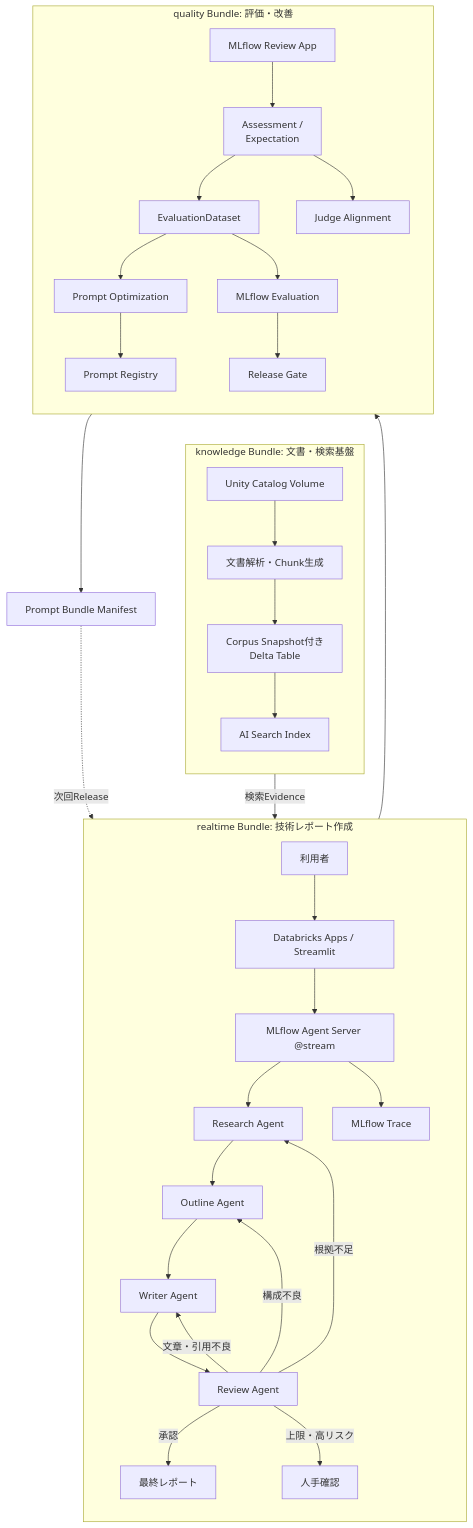
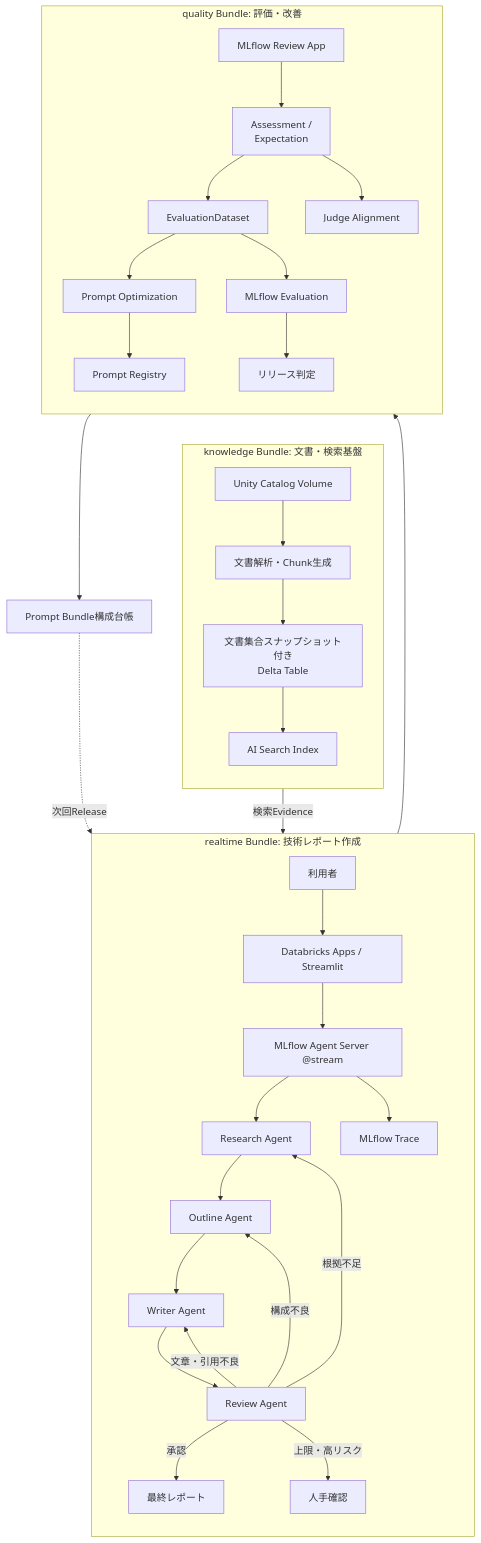
One commit to junTaniguchi/llm_ops changed the first of 17 diagrams in 技術レポート作成マルチエージェント_完成版.md. Above: the diagram before and after it, drawn with Mermaid. The commit also changed other lines of this file, not shown here.

````diff
--- a/技術レポート作成マルチエージェント_完成版.md
+++ b/技術レポート作成マルチエージェント_完成版.md
@@ -67,41 +71,41 @@
 ```mermaid
 flowchart TB
     subgraph Knowledge["knowledge Bundle: 文書・検索基盤"]
         direction TB
         V["Unity Catalog Volume"] --> P["文書解析・Chunk生成"]
-        P --> D["Corpus Snapshot付き<br/>Delta Table"]
+        P --> D["文書集合スナップショット付き<br/>Delta Table"]
         D --> I["AI Search Index"]
     end
 
     subgraph Realtime["realtime Bundle: 技術レポート作成"]
         direction TB
         U["利用者"] --> UI["Databricks Apps / Streamlit"]
         UI --> AS["MLflow Agent Server @stream"]
         AS --> RA["Research Agent"]
         I -->|検索Evidence| RA
         RA --> OA["Outline Agent"]
         OA --> WA["Writer Agent"]
         WA --> RV["Review Agent"]
         RV -->|承認| FR["最終レポート"]
         RV -->|根拠不足| RA
         RV -->|構成不良| OA
         RV -->|文章・引用不良| WA
         RV -->|上限・高リスク| HR["人手確認"]
         AS --> T["MLflow Trace"]
     end
 
     subgraph Quality["quality Bundle: 評価・改善"]
         direction TB
         T --> APP["MLflow Review App"]
         APP --> A["Assessment /<br/>Expectation"]
         A --> ED["EvaluationDataset"]
         ED --> EV["MLflow Evaluation"]
         ED --> PO["Prompt Optimization"]
         A --> JA["Judge Alignment"]
         PO --> PR["Prompt Registry"]
-        EV --> G["Release Gate"]
+        EV --> G["リリース判定"]
     end
 
-    PR --> PB["Prompt Bundle Manifest"]
+    PR --> PB["Prompt Bundle構成台帳"]
     PB -.->|次回Release| AS
 ```
````
